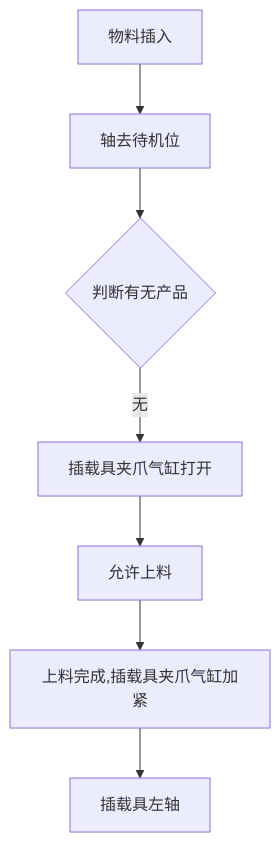
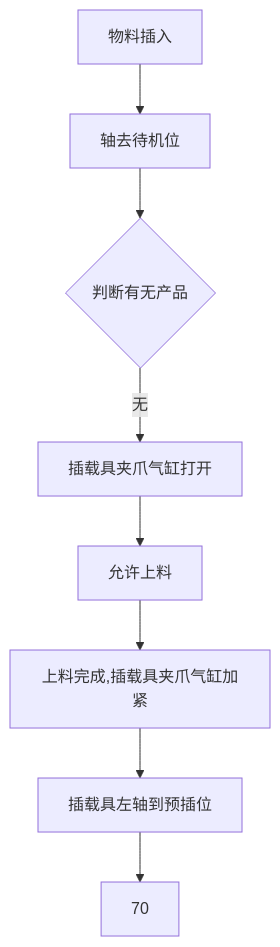
One commit to zmq000/iodraw-files changed the diagram in all/VR-OP90物料插入.md. Above: the diagram before and after it, drawn with Mermaid.

Commit message:
2026-06-18 11:23:08 update

````diff
--- a/all/VR-OP90物料插入.md
+++ b/all/VR-OP90物料插入.md
@@ -1,11 +1,12 @@
 ```mermaid
 graph TD
 0[物料插入]-->10
 10[轴去待机位]-->20
 20{判断有无产品}-->|无|30
 30[插载具夹爪气缸打开]-->40
 40[允许上料]-->50
 50[上料完成,插载具夹爪气缸加紧]-->60
-60[插载具左轴]
+60[插载具左轴到预插位]-->70
+
   
 ```
````
